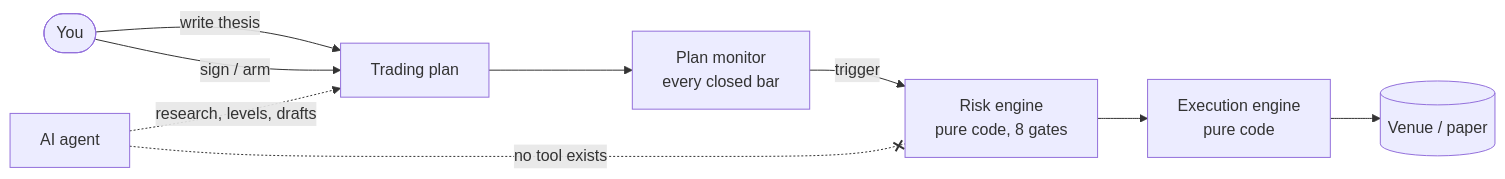
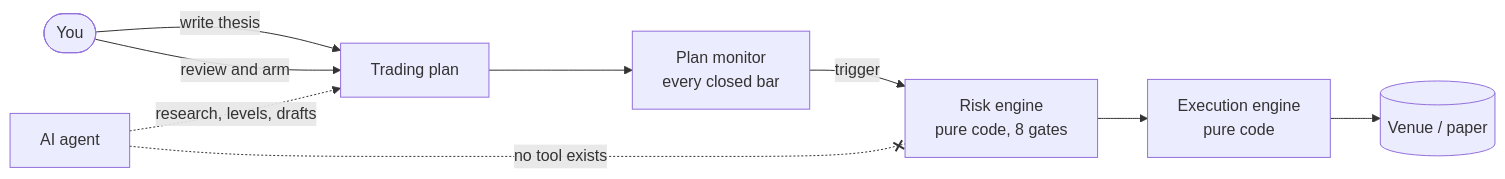
One commit to 0ByteBlitz/modern-vyapari changed the diagram in README.md. Above: the diagram before and after it, drawn with Mermaid. The commit also changed other lines of this file and 8 other files, not shown here.

````diff
--- a/README.md
+++ b/README.md
@@ -90,11 +91,11 @@
 ```mermaid
 flowchart LR
     U([You]) -- write thesis --> P[Trading plan]
     A[AI agent] -. research, levels, drafts .-> P
-    U -- sign / arm --> P
+    U -- review and arm --> P
     P --> M[Plan monitor<br/>every closed bar]
     M -- trigger --> R[Risk engine<br/>pure code, 8 gates]
     R --> E[Execution engine<br/>pure code]
     E --> V[(Venue / paper)]
     A -. "no tool exists" .-x R
 ```
````
